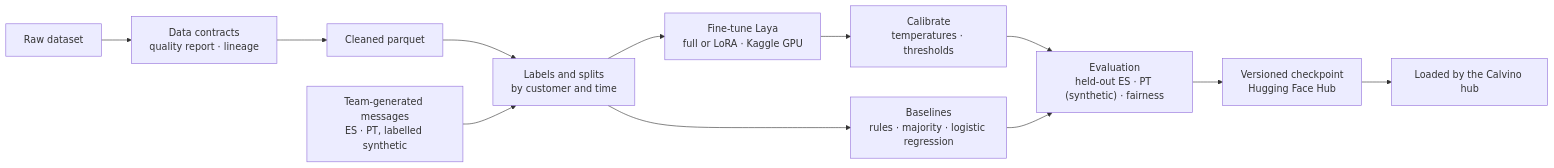
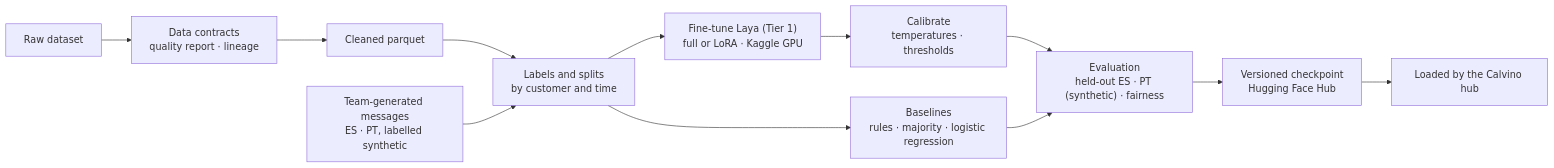
Before and after one commit to moebious/factored-hackathon-2026-calvino: the second of 2 diagrams in docs/DESIGN.md, drawn with Mermaid. The commit also changed other lines of this file and 24 other files, not shown here.

First line of the commit message:
docs: sync specs, roadmap and plan with decisions 16 and 17

````diff
--- a/docs/DESIGN.md
+++ b/docs/DESIGN.md
@@ -155,11 +155,11 @@
 ```mermaid
 flowchart LR
     RAW["Raw dataset"] --> CON["Data contracts<br/>quality report · lineage"] --> CLEAN["Cleaned parquet"]
     CLEAN --> LAB["Labels and splits<br/>by customer and time"]
     MSG["Team-generated messages<br/>ES · PT, labelled synthetic"] --> LAB
-    LAB --> FT["Fine-tune Laya<br/>full or LoRA · Kaggle GPU"]
+    LAB --> FT["Fine-tune Laya (Tier 1)<br/>full or LoRA · Kaggle GPU"]
     LAB --> BASE["Baselines<br/>rules · majority · logistic regression"]
     FT --> CAL["Calibrate<br/>temperatures · thresholds"]
     CAL & BASE --> EVAL["Evaluation<br/>held-out ES · PT (synthetic) · fairness"]
     EVAL --> REG["Versioned checkpoint<br/>Hugging Face Hub"] --> HUBREF["Loaded by the Calvino hub"]
 ```
````
